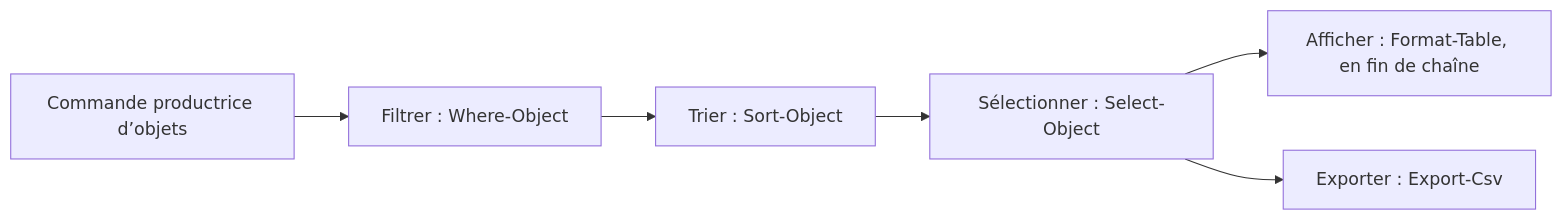
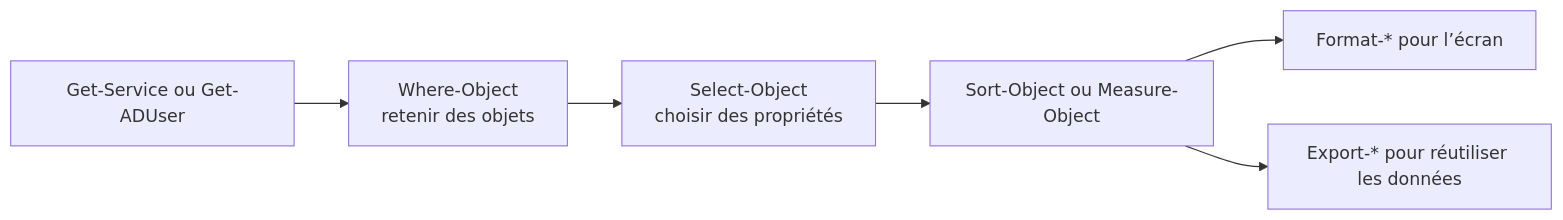
One commit to sk34pk25/tssr-cours changed the diagram in docs/modules/12-initiation-powershell/module-03.md. Above: the diagram before and after it, drawn with Mermaid. The commit also changed other lines of this file and 646 other files, not shown here.

````diff
--- a/docs/modules/12-initiation-powershell/module-03.md
+++ b/docs/modules/12-initiation-powershell/module-03.md
@@ -87,6 +5,8 @@
 ```mermaid
 flowchart LR
- G["Commande productrice d’objets"] --> W["Filtrer : Where-Object"] --> S["Trier : Sort-Object"] --> C["Sélectionner : Select-Object"]
- C --> F["Afficher : Format-Table, en fin de chaîne"]
- C --> E["Exporter : Export-Csv"]
+    A["Get-Service ou Get-ADUser"] --> B["Where-Object<br/>retenir des objets"]
+    B --> C["Select-Object<br/>choisir des propriétés"]
+    C --> D["Sort-Object ou Measure-Object"]
+    D --> E["Format-* pour l’écran"]
+    D --> F["Export-* pour réutiliser les données"]
 ```
````
